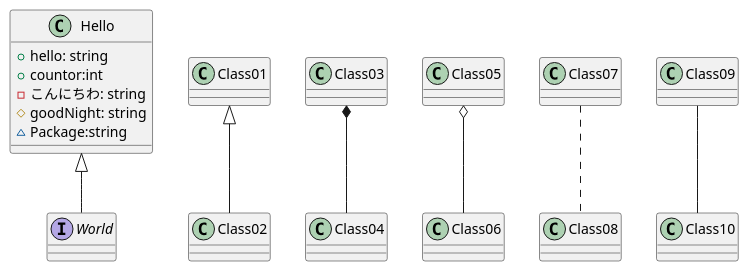
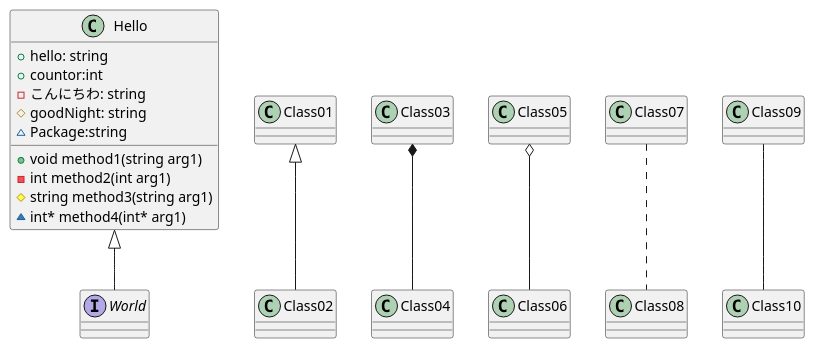
The first of 2 diagrams in PlantUML/sample/sample_class.pu (puppies-jp/MyUtils), drawn with PlantUML before and after one commit. The commit also changed other lines of this file and 1 other file, not shown here.

```diff
--- a/PlantUML/sample/sample_class.pu
+++ b/PlantUML/sample/sample_class.pu
@@ -1,23 +1,45 @@
-@startuml
+@startuml sample1
 
+' クラス定義
 class Hello {
-    ' +publicField
+    ' +public
     +hello: string 
     +countor:int
-    ' -privateField
+    ' -private
     -こんにちわ: string 
     ' #Protected
     #goodNight: string
     ' ~Package
     ~Package:string
+    ' 関数定義
+    +void method1(string arg1)
+    -int method2(int arg1)
+    #string method3(string arg1)
+    ~int* method4(int* arg1)
 }
 
+'インターフェース定義
 interface World {}
 
+'継承(◁-)
 Hello <|-- World
 Class01 <|-- Class02
+
+'コンポジット(◆-)
+'集約の一種になります。コンポジットは「全体」インスタンスが
+'「部分」インスタンスの生成や削除を担っている場合
+'全体インスタンスが削除されると、基本的には、
+'連鎖して部分インスタンスも削除される関係になります。
 Class03 *-- Class04
+
+'集約(◇-) 
+'関連のあるクラス同士が、「全体」と「部分」の関係にあるとき
+' [部署]◇-[社員]　みたいな、、
 Class05 o-- Class06
+
+'依存(破線) クラス間で関係性はあるが、あまり強くない関係性の場合
 Class07 .. Class08
+'関連(線) クラスが複数あり、それらに何かしらの関係があるとき
 Class09 -- Class10
+
 @enduml
```
